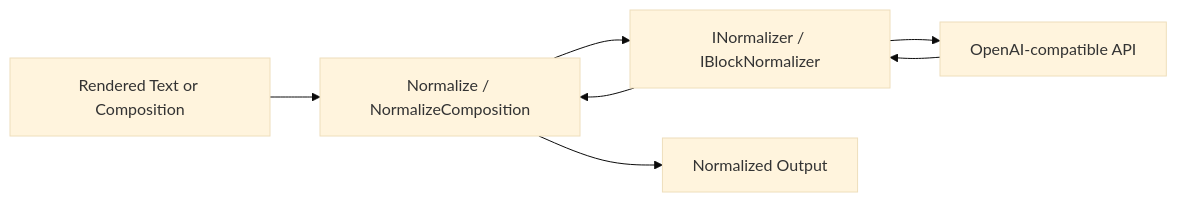
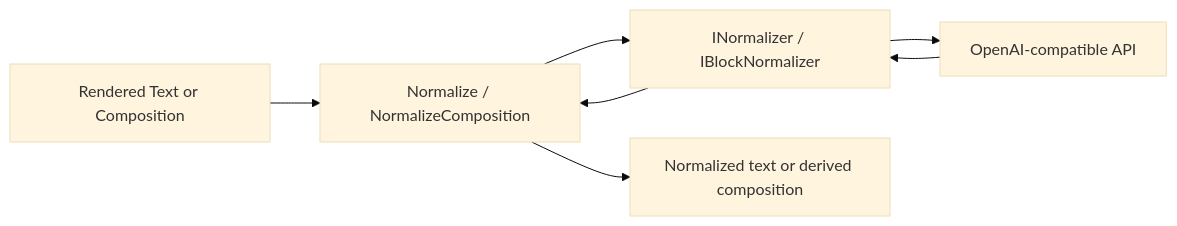
Before and after one commit to Artem535/TextFoundry: the diagram in doc/modules/ROOT/pages/project/functions/normalization/system-design.adoc, drawn with Mermaid (base theme). The commit also changed other lines of this file and 45 other files, not shown here.

```diff
--- a/doc/modules/ROOT/pages/project/functions/normalization/system-design.adoc
+++ b/doc/modules/ROOT/pages/project/functions/normalization/system-design.adoc
@@ -32,10 +34,10 @@
 [mermaid]
 ----
 flowchart LR
   Source["Rendered Text or Composition"] --> Engine["Normalize / NormalizeComposition"]
   Engine --> Normalizer["INormalizer / IBlockNormalizer"]
   Normalizer --> Provider["OpenAI-compatible API"]
   Provider --> Normalizer
   Normalizer --> Engine
-  Engine --> Result["Normalized Output"]
+  Engine --> Result["Normalized text or derived composition"]
 ----
```
